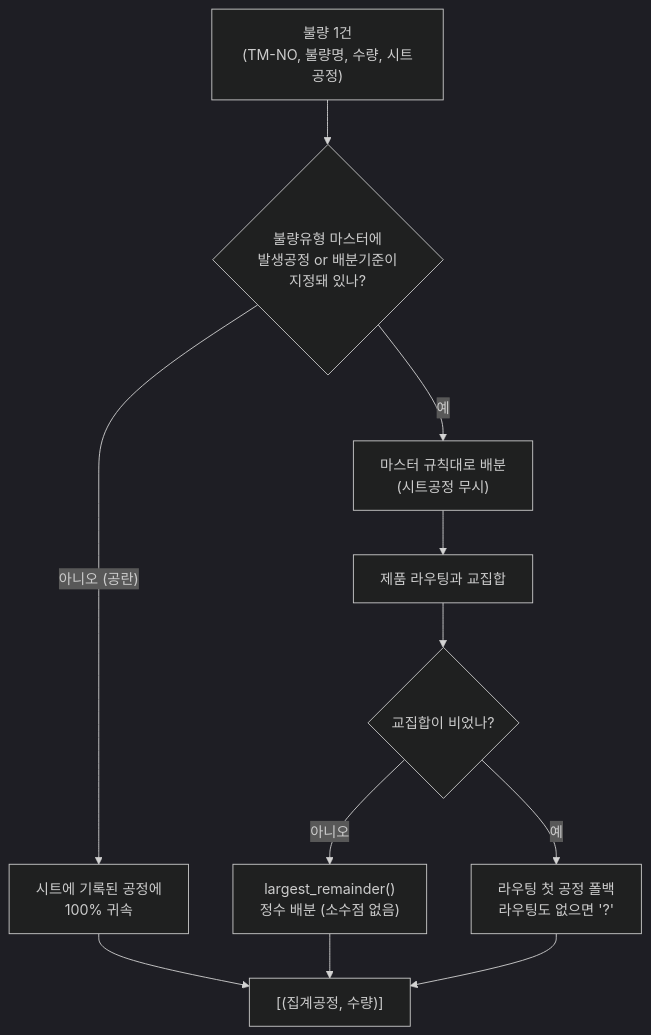
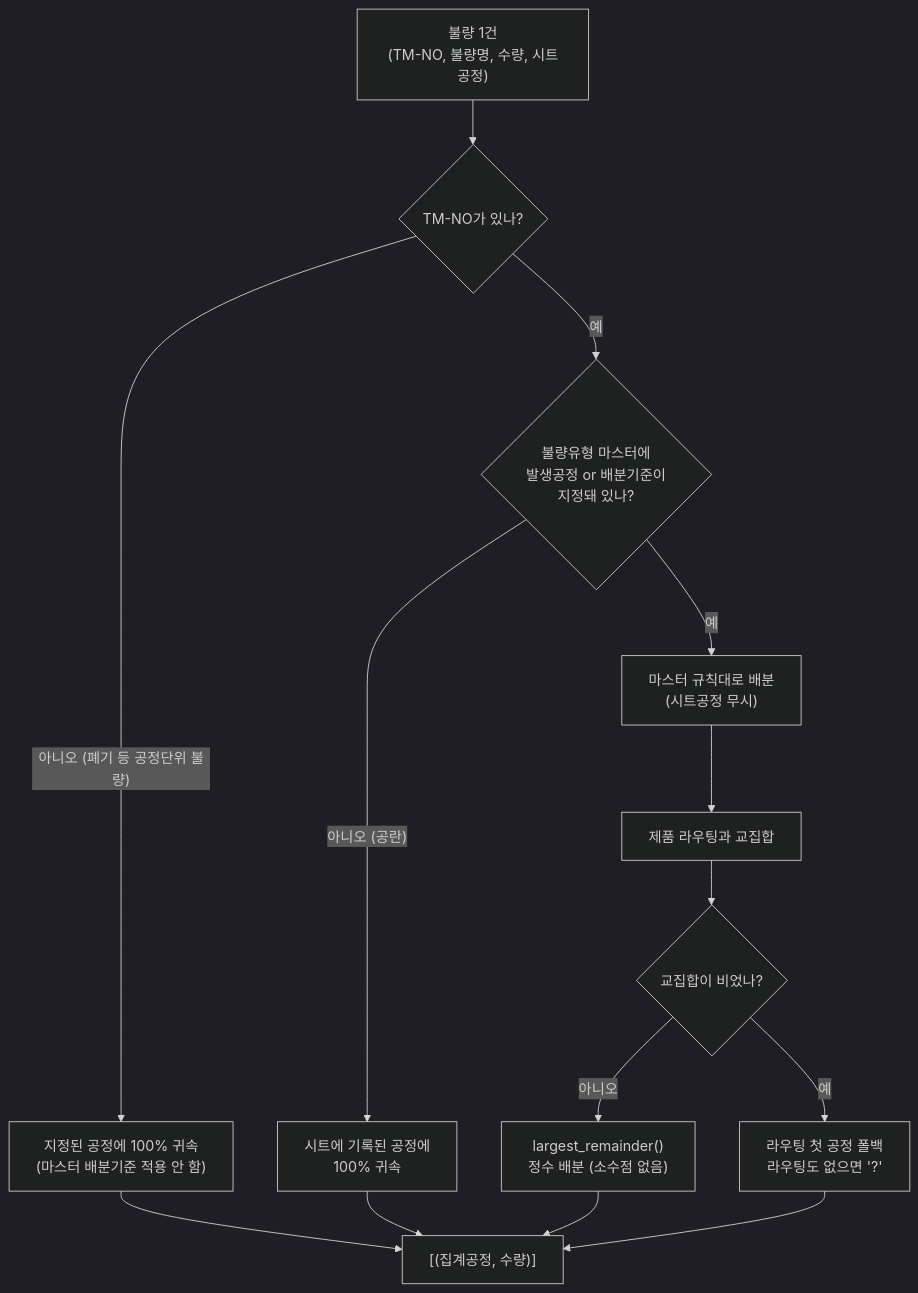
One commit to johnsonelectricoperations-ux/Quality_Management changed the second of 3 diagrams in docs/ARCHITECTURE.md. Above: the diagram before and after it, drawn with Mermaid (dark theme). The commit also changed other lines of this file and 4 other files, not shown here.

````diff
--- a/docs/ARCHITECTURE.md
+++ b/docs/ARCHITECTURE.md
@@ -154,13 +154,16 @@
 ```mermaid
 flowchart TD
-  S["불량 1건<br/>(TM-NO, 불량명, 수량, 시트공정)"] --> Q1{"불량유형 마스터에<br/>발생공정 or 배분기준이<br/>지정돼 있나?"}
+  S["불량 1건<br/>(TM-NO, 불량명, 수량, 시트공정)"] --> Q0{"TM-NO가 있나?"}
+  Q0 -->|"아니오 (폐기 등 공정단위 불량)"| R0["지정된 공정에 100% 귀속<br/>(마스터 배분기준 적용 안 함)"]
+  Q0 -->|"예"| Q1{"불량유형 마스터에<br/>발생공정 or 배분기준이<br/>지정돼 있나?"}
+  R0 --> OUT
   Q1 -->|"예"| R1["마스터 규칙대로 배분<br/>(시트공정 무시)"]
   Q1 -->|"아니오 (공란)"| R2["시트에 기록된 공정에<br/>100% 귀속"]
   R1 --> X["제품 라우팅과 교집합"]
   X --> Y{"교집합이 비었나?"}
   Y -->|"아니오"| Z["largest_remainder()<br/>정수 배분 (소수점 없음)"]
   Y -->|"예"| F["라우팅 첫 공정 폴백<br/>라우팅도 없으면 '?'"]
   R2 --> OUT["[(집계공정, 수량)]"]
   Z --> OUT
   F --> OUT
 ```
````
